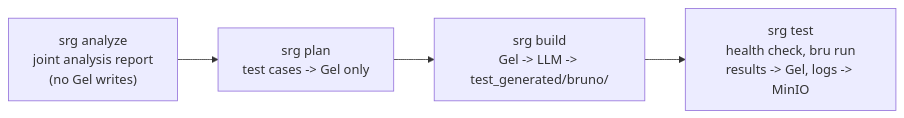
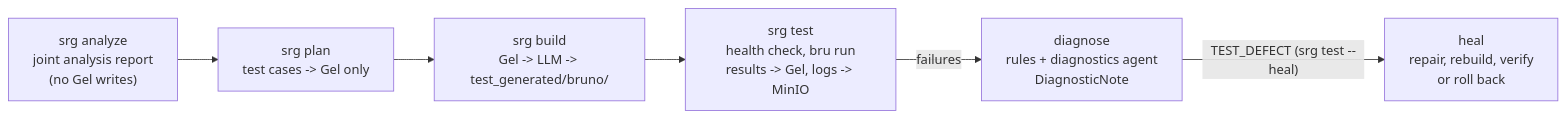
Before and after one commit to altregubov/spec-run-graph: the second of 6 diagrams in architecture.md, drawn with Mermaid. The commit also changed other lines of this file and 36 other files, not shown here.

````diff
--- a/architecture.md
+++ b/architecture.md
@@ -75,6 +78,8 @@
 ```mermaid
 flowchart LR
     A["srg analyze<br/>joint analysis report<br/>(no Gel writes)"] --> P["srg plan<br/>test cases -> Gel only"]
     P --> B["srg build<br/>Gel -> LLM -> test_generated/bruno/"]
     B --> T["srg test<br/>health check, bru run<br/>results -> Gel, logs -> MinIO"]
+    T -- failures --> D["diagnose<br/>rules + diagnostics agent<br/>DiagnosticNote"]
+    D -- "TEST_DEFECT (srg test --heal)" --> H["heal<br/>repair, rebuild, verify<br/>or roll back"]
 ```
````
